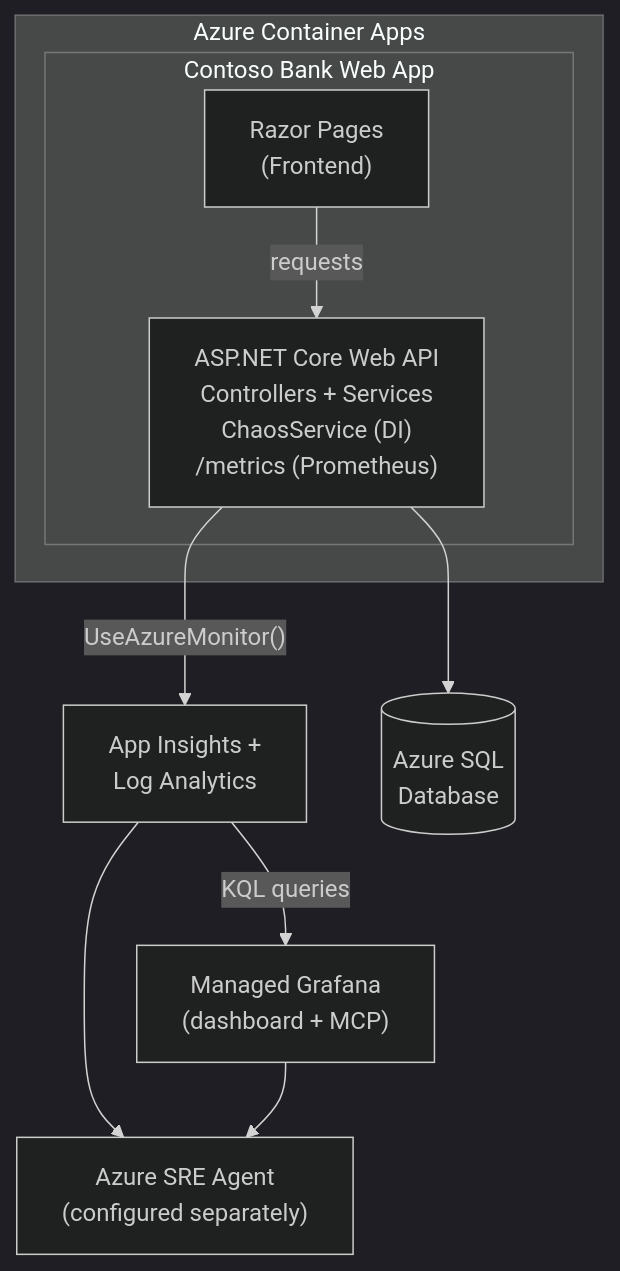
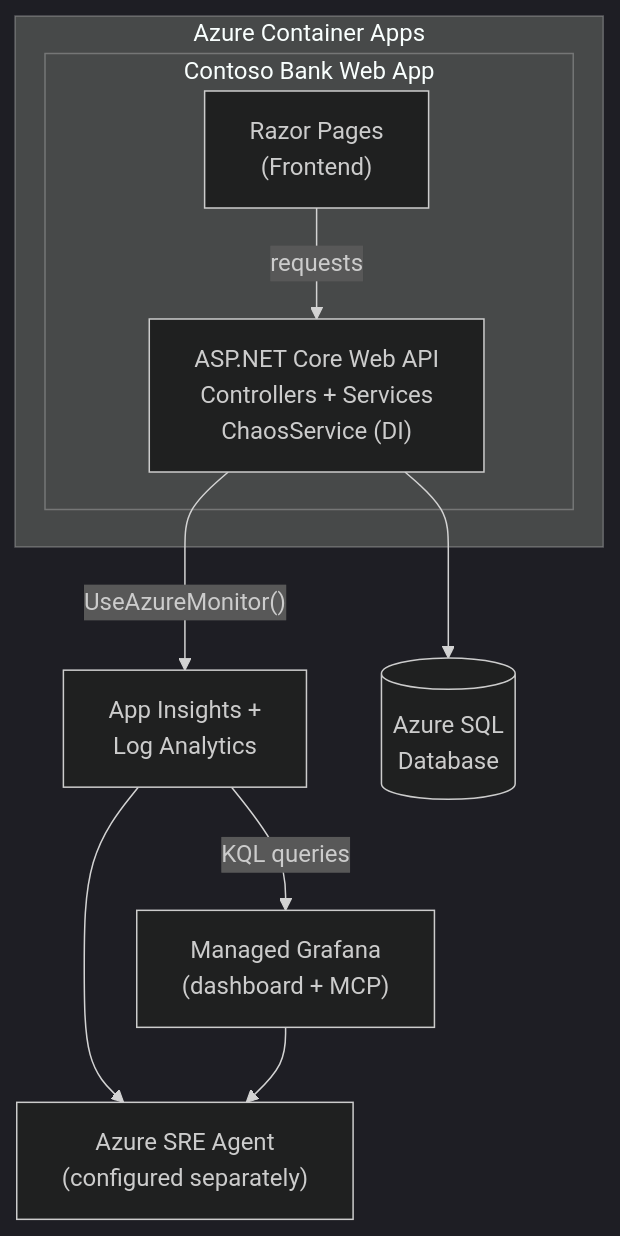
One commit to AlahmadiQ8/sre-agent-demo changed the first of 2 diagrams in README.md. Above: the diagram before and after it, drawn with Mermaid (dark theme). The commit also changed other lines of this file and 6 other files, not shown here.

````diff
--- a/README.md
+++ b/README.md
@@ -7,15 +7,15 @@
 ```mermaid
 graph TD
     subgraph ACA["Azure Container Apps"]
         subgraph WebApp["Contoso Bank Web App"]
-            Razor["Razor Pages<br/>(Frontend)"] -->|requests| API["ASP.NET Core Web API<br/>Controllers + Services<br/>ChaosService (DI)<br/>/metrics (Prometheus)"]
+            Razor["Razor Pages<br/>(Frontend)"] -->|requests| API["ASP.NET Core Web API<br/>Controllers + Services<br/>ChaosService (DI)"]
         end
     end
 
     API -->|"UseAzureMonitor()"| AppInsights["App Insights +<br/>Log Analytics"]
     API --> SQL[("Azure SQL<br/>Database")]
     AppInsights -->|"KQL queries"| Grafana["Managed Grafana<br/>(dashboard + MCP)"]
 
     AppInsights --> SRE["Azure SRE Agent<br/>(configured separately)"]
     Grafana --> SRE
 ```
````
